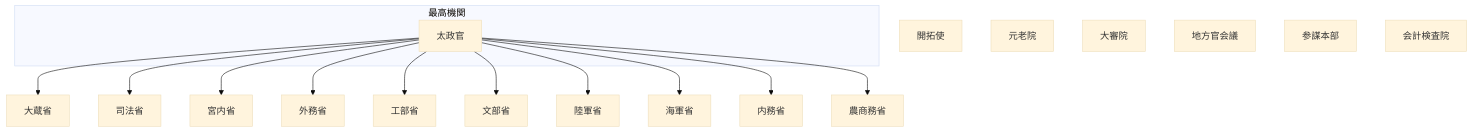
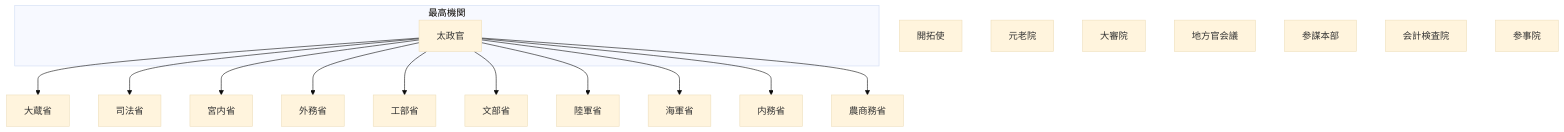
Before and after one commit to tatemaru/jp-admin-org-chart: the diagram in README.md, drawn with Mermaid (base theme). The commit also changed other lines of this file, not shown here.

First line of the commit message:
feat(参事院): 参事院を設置

````diff
--- a/README.md
+++ b/README.md
@@ -9,32 +9,33 @@
 ```mermaid
 flowchart TB
   subgraph top["最高機関"]
     Dajokan["太政官"]
   end
   Okura["大蔵省"]
   Dajokan --> Okura
   Shiho["司法省"]
   Dajokan --> Shiho
   Kunai["宮内省"]
   Dajokan --> Kunai
   Gaimu["外務省"]
   Dajokan --> Gaimu
   Kobu["工部省"]
   Dajokan --> Kobu
   Mombu["文部省"]
   Dajokan --> Mombu
   Rikugun["陸軍省"]
   Dajokan --> Rikugun
   Kaigun["海軍省"]
   Dajokan --> Kaigun
   Naimu["内務省"]
   Dajokan --> Naimu
   Nosho["農商務省"]
   Dajokan --> Nosho
   Kaitaku["開拓使"]
   Genro["元老院"]
   Daishin["大審院"]
   Chiho["地方官会議"]
   Sanbo["参謀本部"]
   Audit["会計検査院"]
+  Sanji["参事院"]
 ```
````
